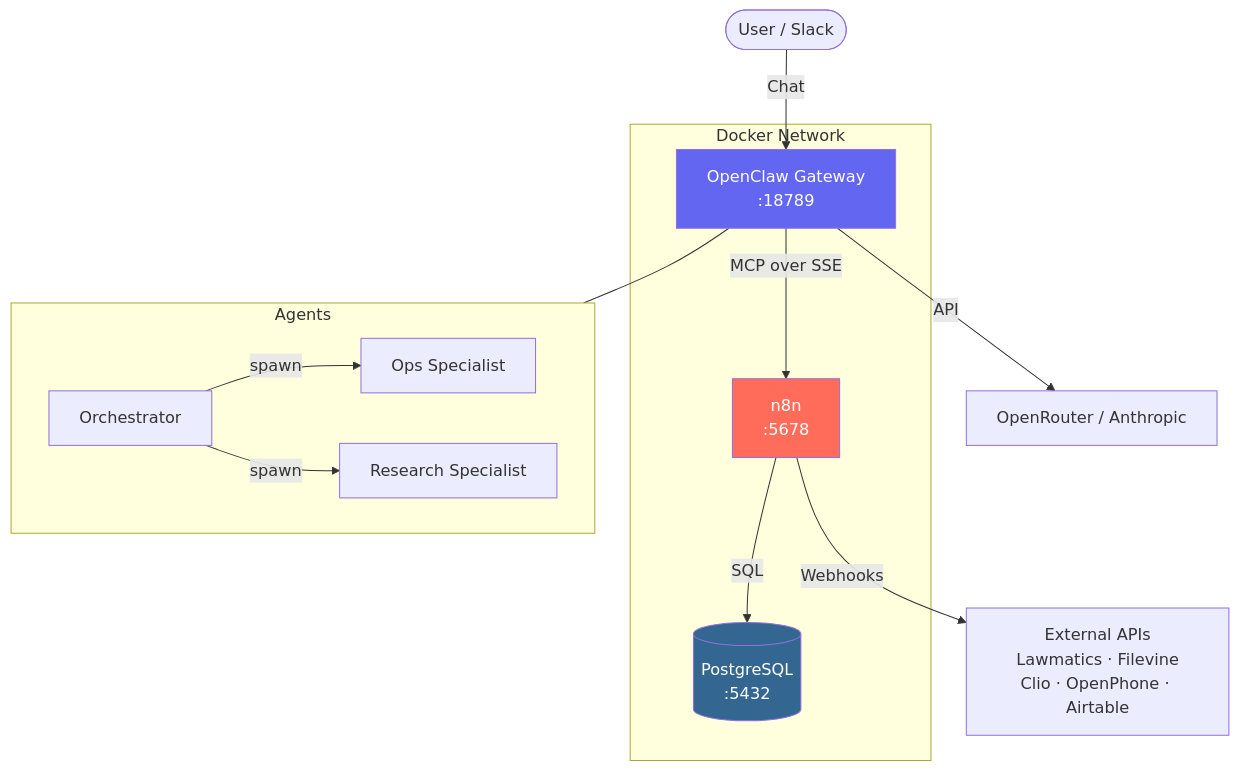
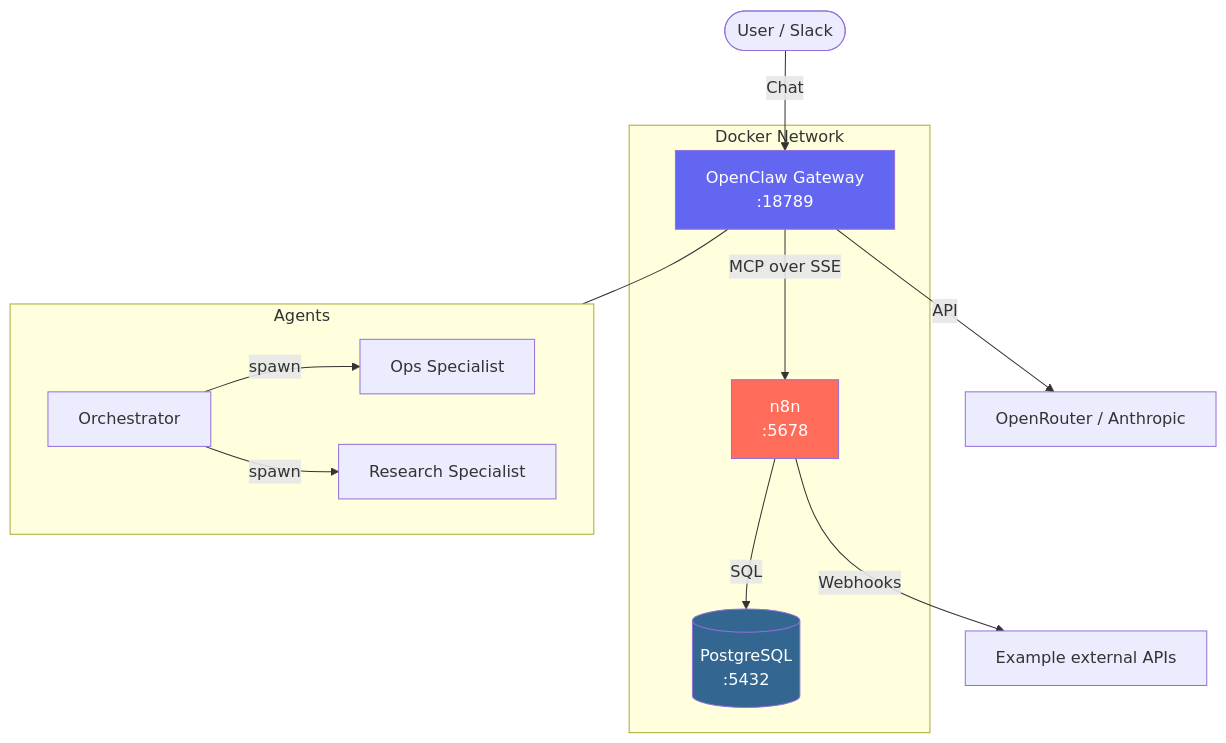
Before and after one commit to lorenzespinosa/openclaw-n8n-stack: the diagram in README.md, drawn with Mermaid. The commit also changed other lines of this file and 8 other files, not shown here.

````diff
--- a/README.md
+++ b/README.md
@@ -12,23 +12,23 @@
 ```mermaid
 graph TB
     User([User / Slack]) -->|Chat| OC[OpenClaw Gateway<br/>:18789]
 
     subgraph Docker Network
         OC -->|MCP over SSE| N8N[n8n<br/>:5678]
         N8N -->|SQL| PG[(PostgreSQL<br/>:5432)]
     end
 
     OC -->|API| OR[OpenRouter / Anthropic]
-    N8N -->|Webhooks| EXT[External APIs<br/>Lawmatics · Filevine<br/>Clio · OpenPhone · Airtable]
+    N8N -->|Webhooks| EXT[Example external APIs]
 
     subgraph Agents
         ORCH[Orchestrator] -->|spawn| OPS[Ops Specialist]
         ORCH -->|spawn| RES[Research Specialist]
     end
 
     OC --- Agents
 
     style OC fill:#6366f1,color:#fff
     style N8N fill:#ff6d5a,color:#fff
     style PG fill:#336791,color:#fff
 ```
````
